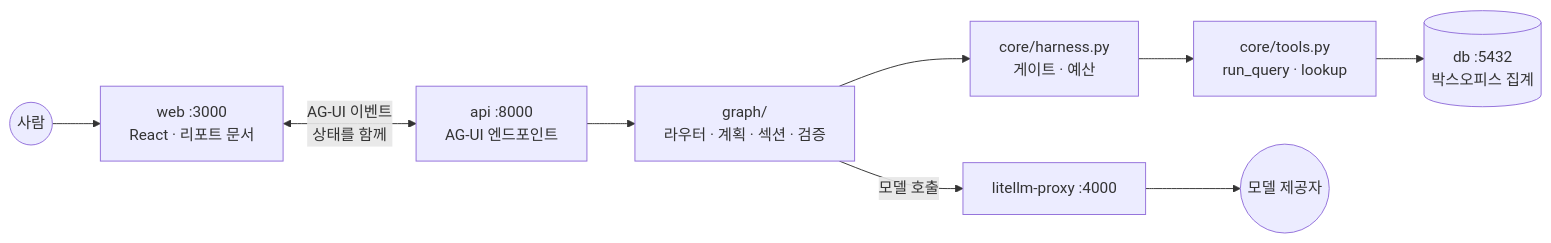
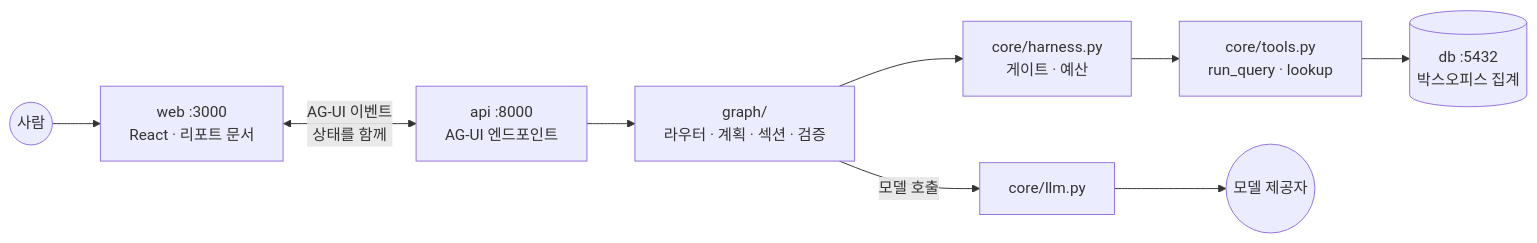
The first of 21 diagrams in site/src/content/courses/ko/session-09/index.mdx (2026-ai-service-engineering-a/ai_service_engineering-track_a), drawn with Mermaid before and after one commit. The commit also changed other lines of this file and 2 other files, not shown here.

````diff
--- a/site/src/content/courses/ko/session-09/index.mdx
+++ b/site/src/content/courses/ko/session-09/index.mdx
@@ -77,11 +76,11 @@
 ```mermaid
 flowchart LR
     P(("사람")) --> W["web :3000<br/>React · 리포트 문서"]
     W <-->|"AG-UI 이벤트<br/>상태를 함께"| A["api :8000<br/>AG-UI 엔드포인트"]
     A --> G["graph/<br/>라우터 · 계획 · 섹션 · 검증"]
     G --> H["core/harness.py<br/>게이트 · 예산"]
     H --> T["core/tools.py<br/>run_query · lookup"]
     T --> D[("db :5432<br/>박스오피스 집계")]
-    G -->|"모델 호출"| L["litellm-proxy :4000"]
+    G -->|"모델 호출"| L["core/llm.py"]
     L --> M(("모델 제공자"))
 ```
````
